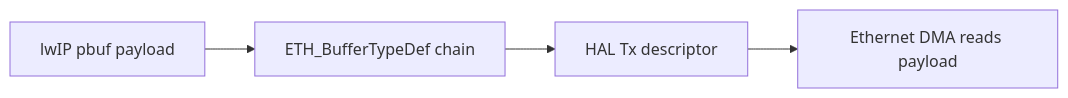
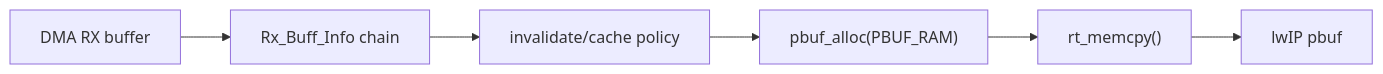
The third of 8 diagrams in docs/43-stm32h7-ethernet-dma-cache-zero-copy.md (wdfk-prog/lwIP-Source-Lab), drawn with Mermaid before and after one commit. The commit also changed other lines of this file and 49 other files, not shown here.

````diff
--- a/docs/43-stm32h7-ethernet-dma-cache-zero-copy.md
+++ b/docs/43-stm32h7-ethernet-dma-cache-zero-copy.md
@@ -373,6 +583,8 @@
 ```mermaid
 flowchart LR
-    A["lwIP pbuf payload"] --> B["ETH_BufferTypeDef chain"]
-    B --> C["HAL Tx descriptor"]
-    C --> D["Ethernet DMA reads payload"]
+    A["DMA RX buffer"] --> B["Rx_Buff_Info chain"]
+    B --> C["invalidate/cache policy"]
+    C --> D["pbuf_alloc(PBUF_RAM)"]
+    D --> E["rt_memcpy()"]
+    E --> F["lwIP pbuf"]
 ```
````
